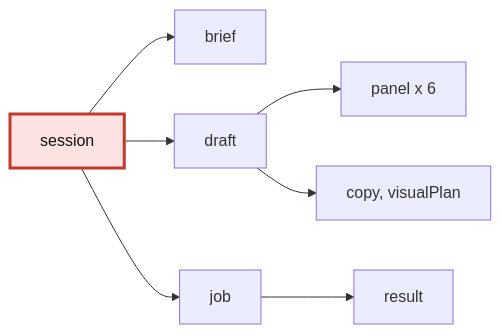
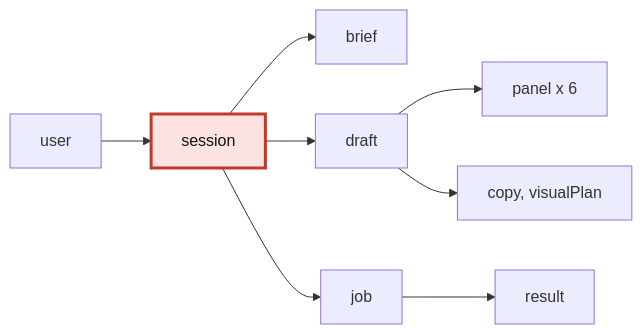
The second of 5 diagrams in docs/기술문서/도메인_모델.md (Codeit-AI10-Part4-3Team/AI10-Part4-3Team-Advanced-Project), drawn with Mermaid before and after one commit. The commit also changed other lines of this file and 18 other files, not shown here.

````diff
--- a/docs/기술문서/도메인_모델.md
+++ b/docs/기술문서/도메인_모델.md
@@ -41,20 +65,22 @@
 ```mermaid
 flowchart LR
+    USER["user"]
     SESSION["session"]
     BRIEF["brief"]
     DRAFT["draft"]
     PANEL["panel x 6"]
     ADSCRIPT["copy, visualPlan"]
     JOB["job"]
     RESULT["result"]
 
+    USER --> SESSION
     SESSION --> BRIEF
     SESSION --> DRAFT
     SESSION --> JOB
     DRAFT --> PANEL
     DRAFT --> ADSCRIPT
     JOB --> RESULT
 
     classDef here fill:#fde2e2,stroke:#c0392b,stroke-width:3px,color:#111
     class SESSION here
 ```
````
